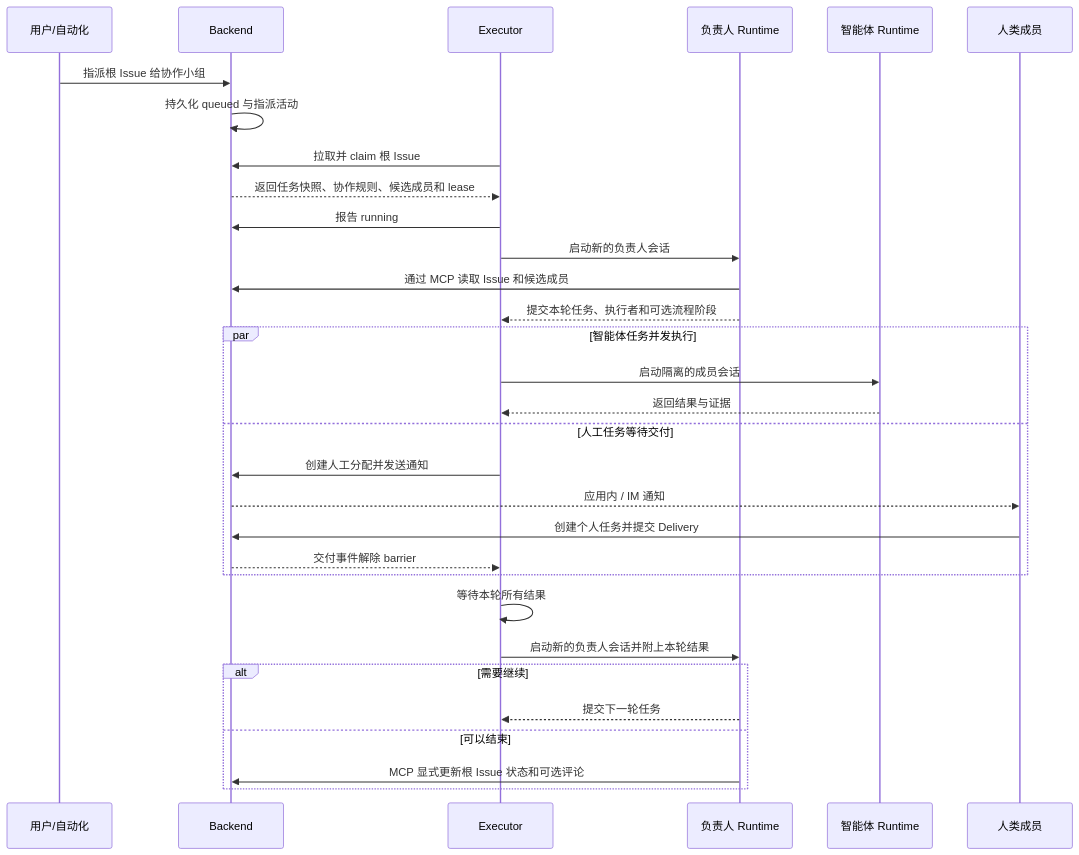
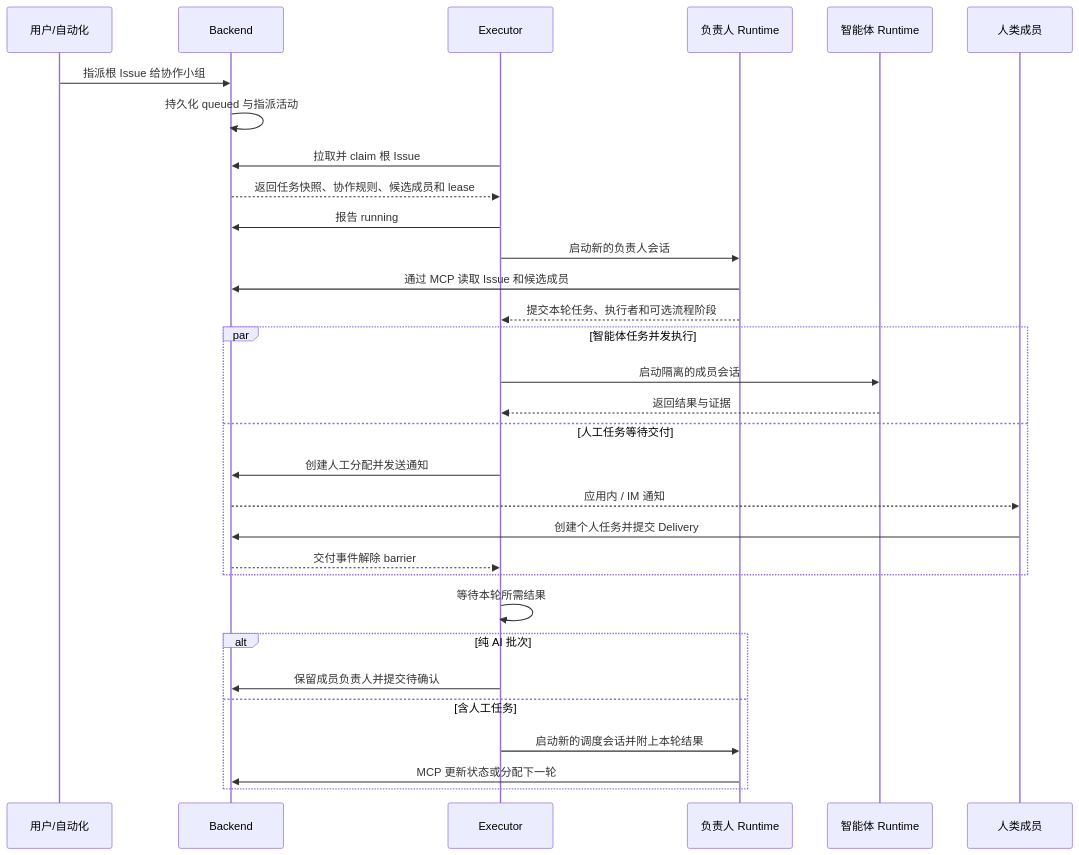
One commit to wecode-ai/Wegent changed the second of 4 diagrams in docs/zh/wegent/developer-guide/cloud-project-collaboration.md. Above: the diagram before and after it, drawn with Mermaid. The commit also changed other lines of this file and 94 other files, not shown here.

````diff
--- a/docs/zh/wegent/developer-guide/cloud-project-collaboration.md
+++ b/docs/zh/wegent/developer-guide/cloud-project-collaboration.md
@@ -162,34 +165,34 @@
 ```mermaid
 sequenceDiagram
     participant U as 用户/自动化
     participant B as Backend
     participant E as Executor
     participant M as 负责人 Runtime
     participant A as 智能体 Runtime
     participant H as 人类成员
 
     U->>B: 指派根 Issue 给协作小组
     B->>B: 持久化 queued 与指派活动
     E->>B: 拉取并 claim 根 Issue
     B-->>E: 返回任务快照、协作规则、候选成员和 lease
     E->>B: 报告 running
     E->>M: 启动新的负责人会话
     M->>B: 通过 MCP 读取 Issue 和候选成员
     M-->>E: 提交本轮任务、执行者和可选流程阶段
     par 智能体任务并发执行
         E->>A: 启动隔离的成员会话
         A-->>E: 返回结果与证据
     and 人工任务等待交付
         E->>B: 创建人工分配并发送通知
         B-->>H: 应用内 / IM 通知
         H->>B: 创建个人任务并提交 Delivery
         B-->>E: 交付事件解除 barrier
     end
-    E->>E: 等待本轮所有结果
-    E->>M: 启动新的负责人会话并附上本轮结果
-    alt 需要继续
-        M-->>E: 提交下一轮任务
-    else 可以结束
-        M->>B: MCP 显式更新根 Issue 状态和可选评论
+    E->>E: 等待本轮所需结果
+    alt 纯 AI 批次
+        E->>B: 保留成员负责人并提交待确认
+    else 含人工任务
+        E->>M: 启动新的调度会话并附上本轮结果
+        M->>B: MCP 更新状态或分配下一轮
     end
 ```
````
